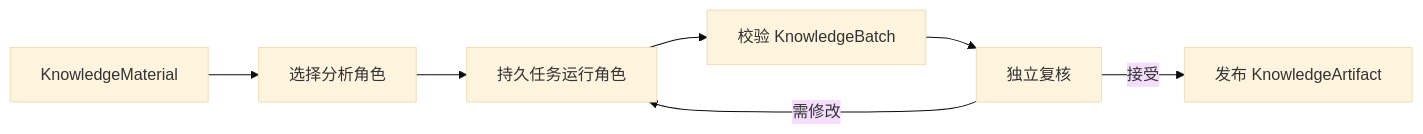
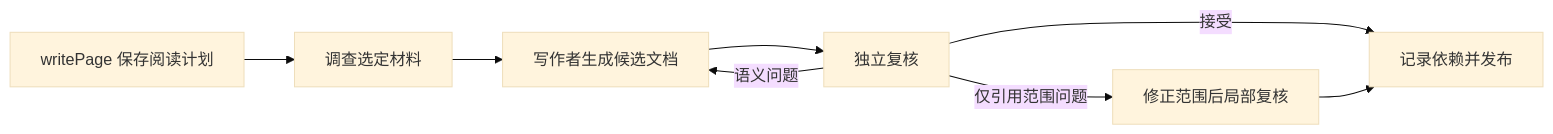
Before and after one commit to lejunyang/omem: the diagram in .repo-review/knowledge/articles/b22d52764b13721657e246604945c1dd1a082a38d3efee3d14e3d808709bcad5.md, drawn with Mermaid (base theme). The commit also changed other lines of this file and 9 other files, not shown here.

````diff
--- a/.repo-review/knowledge/articles/b22d52764b13721657e246604945c1dd1a082a38d3efee3d14e3d808709bcad5.md
+++ b/.repo-review/knowledge/articles/b22d52764b13721657e246604945c1dd1a082a38d3efee3d14e3d808709bcad5.md
@@ -19,9 +19,10 @@
 ```mermaid
 flowchart LR
-  A[KnowledgeMaterial] --> B[选择分析角色]
-  B --> C[持久任务运行角色]
-  C --> D[校验 KnowledgeBatch]
-  D --> E[独立复核]
-  E -->|接受| F[发布 KnowledgeArtifact]
-  E -->|需修改| C
+  A[writePage 保存阅读计划] --> B[调查选定材料]
+  B --> C[写作者生成候选文档]
+  C --> D[独立复核]
+  D -->|接受| E[记录依赖并发布]
+  D -->|语义问题| C
+  D -->|仅引用范围问题| F[修正范围后局部复核]
+  F --> E
 ```
````
